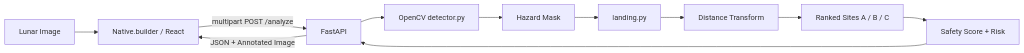
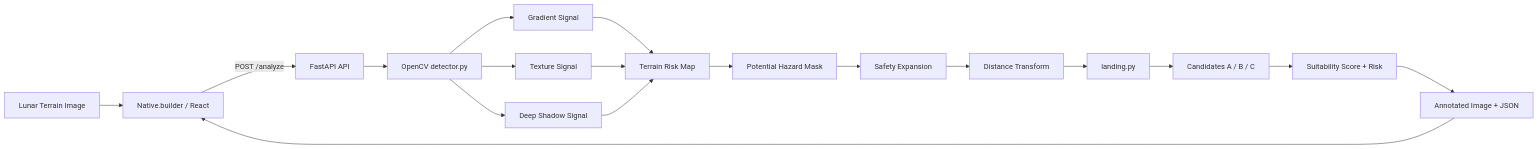
Before and after one commit to Sen2x/lunarsafe-ai: the diagram in README.md, drawn with Mermaid. The commit also changed other lines of this file, not shown here.

First line of the commit message:
Update README for final LunarSafe AI MVP

````diff
--- a/README.md
+++ b/README.md
@@ -168,13 +387,20 @@
 ```mermaid
 flowchart LR
-    A[Lunar Image] --> B[Native.builder / React]
-    B -->|multipart POST /analyze| C[FastAPI]
+    A[Lunar Terrain Image] --> B[Native.builder / React]
+    B -->|POST /analyze| C[FastAPI API]
     C --> D[OpenCV detector.py]
-    D --> E[Hazard Mask]
-    E --> F[landing.py]
-    F --> G[Distance Transform]
-    G --> H[Ranked Sites A / B / C]
-    H --> I[Safety Score + Risk]
-    I --> C
-    C -->|JSON + Annotated Image| B
+    D --> E[Gradient Signal]
+    D --> F[Texture Signal]
+    D --> G[Deep Shadow Signal]
+    E --> H[Terrain Risk Map]
+    F --> H
+    G --> H
+    H --> I[Potential Hazard Mask]
+    I --> J[Safety Expansion]
+    J --> K[Distance Transform]
+    K --> L[landing.py]
+    L --> M[Candidates A / B / C]
+    M --> N[Suitability Score + Risk]
+    N --> O[Annotated Image + JSON]
+    O --> B
 ```
````
